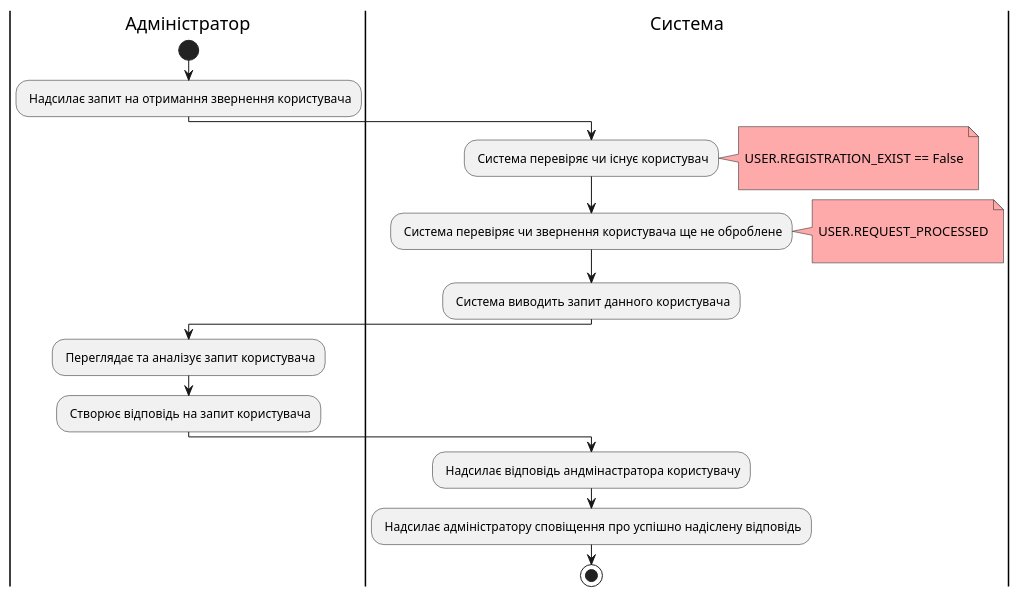
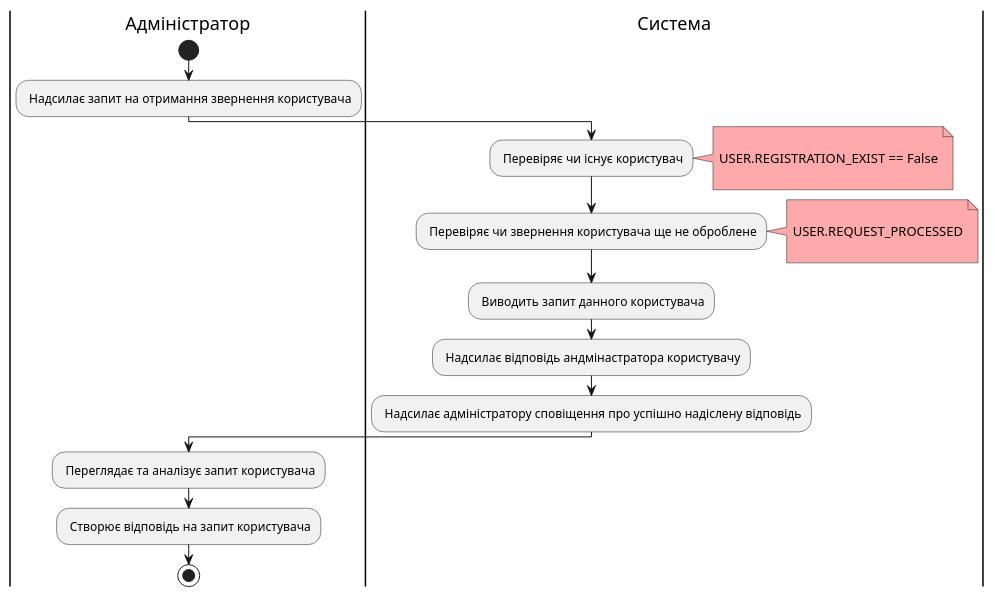
Before and after one commit to Poluianov-Vladyslav/db-theme-3: the third of 3 diagrams in docs/use cases/README.md, drawn with PlantUML.

```diff
--- a/docs/use cases/README.md
+++ b/docs/use cases/README.md
@@ -202,26 +202,26 @@
 @startuml
 |Адміністратор|
     start
     : Надсилає запит на отримання звернення користувача;
 |Система|
-    : Система перевіряє чи існує користувач;
+    : Перевіряє чи існує користувач;
     note right #ffaaaa
     
     USER.REGISTRATION_EXIST == False
     
     end note
-    : Система перевіряє чи звернення користувача ще не оброблене;
+    : Перевіряє чи звернення користувача ще не оброблене;
     note right #ffaaaa
     
     USER.REQUEST_PROCESSED
     
     end note
-    : Система виводить запит данного користувача;
+    : Виводить запит данного користувача;
+    : Надсилає відповідь андмінастратора користувачу;
+    : Надсилає адміністратору сповіщення про успішно надіслену відповідь;   
+    
 |Адміністратор|
     : Переглядає та аналізує запит користувача;
     : Створює відповідь на запит користувача;
-|Система|
-    : Надсилає відповідь андмінастратора користувачу;
-    : Надсилає адміністратору сповіщення про успішно надіслену відповідь;   
     stop;
 @enduml
```
